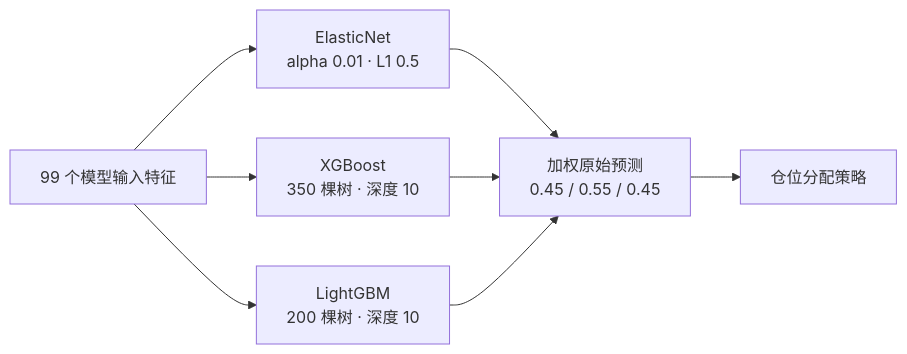
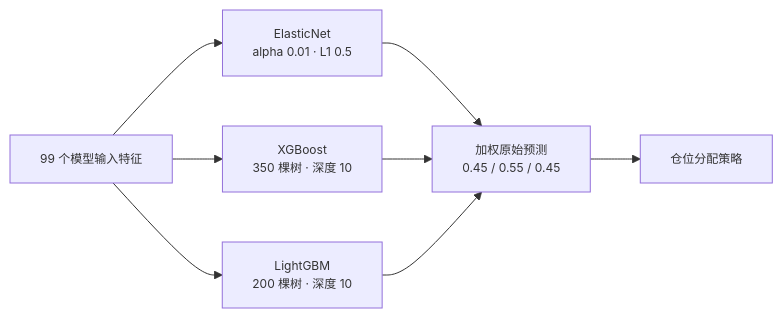
Before and after one commit to QuasarHeart/Hull_Tactical_solution: the second of 3 diagrams in README.md, drawn with Mermaid. The commit also changed other lines of this file, not shown here.

Commit message:
docs: add competition background and fix mermaid rendering

````diff
--- a/README.md
+++ b/README.md
@@ -81,10 +101,11 @@
 ```mermaid
+%%{init: {"themeVariables": {"fontSize": "12px"}, "flowchart": {"wrappingWidth": 300}}}%%
 flowchart LR
     X["99 个模型输入特征"] --> EN["ElasticNet<br/>alpha 0.01 · L1 0.5"]
     X --> XG["XGBoost<br/>350 棵树 · 深度 10"]
     X --> LG["LightGBM<br/>200 棵树 · 深度 10"]
     EN --> W["加权原始预测<br/>0.45 / 0.55 / 0.45"]
     XG --> W
     LG --> W
     W --> P["仓位分配策略"]
 ```
````
